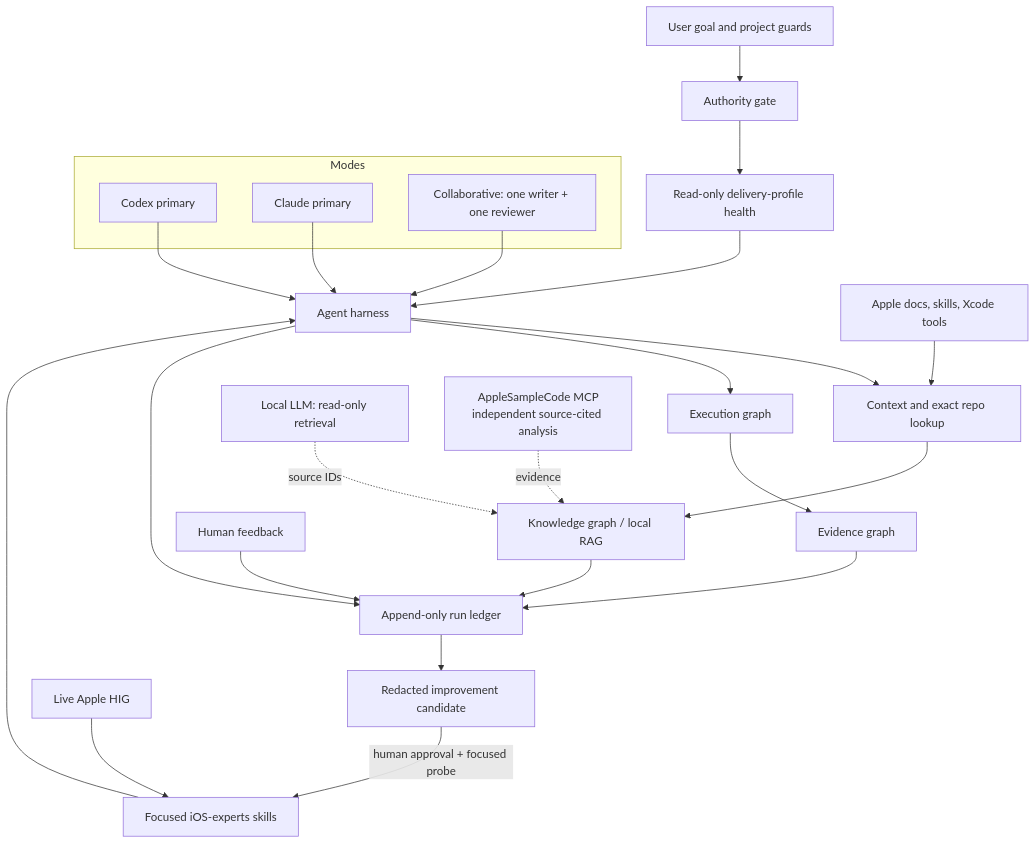
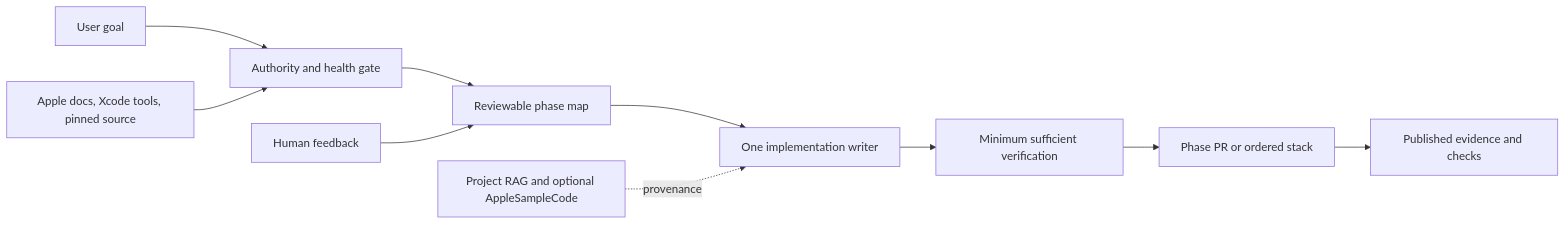
Before and after one commit to ShawnBaek/ai-workflow-apple-platform-engineer: the diagram in README.md, drawn with Mermaid. The commit also changed other lines of this file and 1 other file, not shown here.

````diff
--- a/README.md
+++ b/README.md
@@ -50,32 +86,12 @@
 ```mermaid
-flowchart TB
-    U[User goal and project guards] --> A[Authority gate]
-    A --> HC[Read-only delivery-profile health]
-    HC --> H[Agent harness]
-    H --> C[Context and exact repo lookup]
-    H --> X[Execution graph]
-    H --> L[Append-only run ledger]
-    C --> K[Knowledge graph / local RAG]
-    X --> E[Evidence graph]
-    K --> L
-    E --> L
-    F[Human feedback] --> L
-    L --> IC[Redacted improvement candidate]
-    IC -->|human approval + focused probe| SP
-
-    subgraph Modes
-      CX[Codex primary]
-      CL[Claude primary]
-      CO[Collaborative: one writer + one reviewer]
-    end
-
-    CX --> H
-    CL --> H
-    CO --> H
-    O[Local LLM: read-only retrieval] -. source IDs .-> K
-
-    AP[Apple docs, skills, Xcode tools] --> C
-    AS[AppleSampleCode MCP<br/>independent source-cited analysis] -. evidence .-> K
-    HG[Live Apple HIG] --> SP
-    SP[Focused iOS-experts skills] --> H
+flowchart LR
+    G[User goal] --> A[Authority and health gate]
+    A --> P[Reviewable phase map]
+    P --> W[One implementation writer]
+    W --> V[Minimum sufficient verification]
+    V --> R[Phase PR or ordered stack]
+    R --> E[Published evidence and checks]
+    O[Apple docs, Xcode tools, pinned source] --> A
+    K[Project RAG and optional AppleSampleCode] -. provenance .-> W
+    F[Human feedback] --> P
 ```
````
